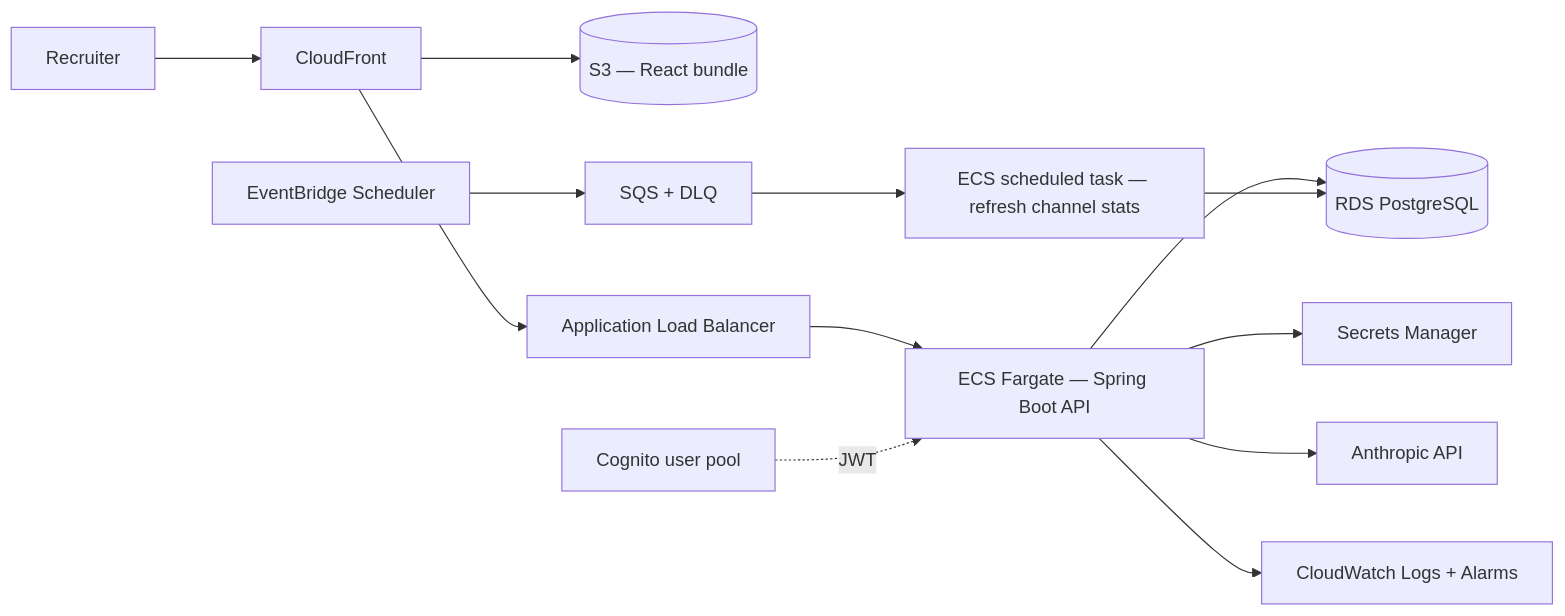
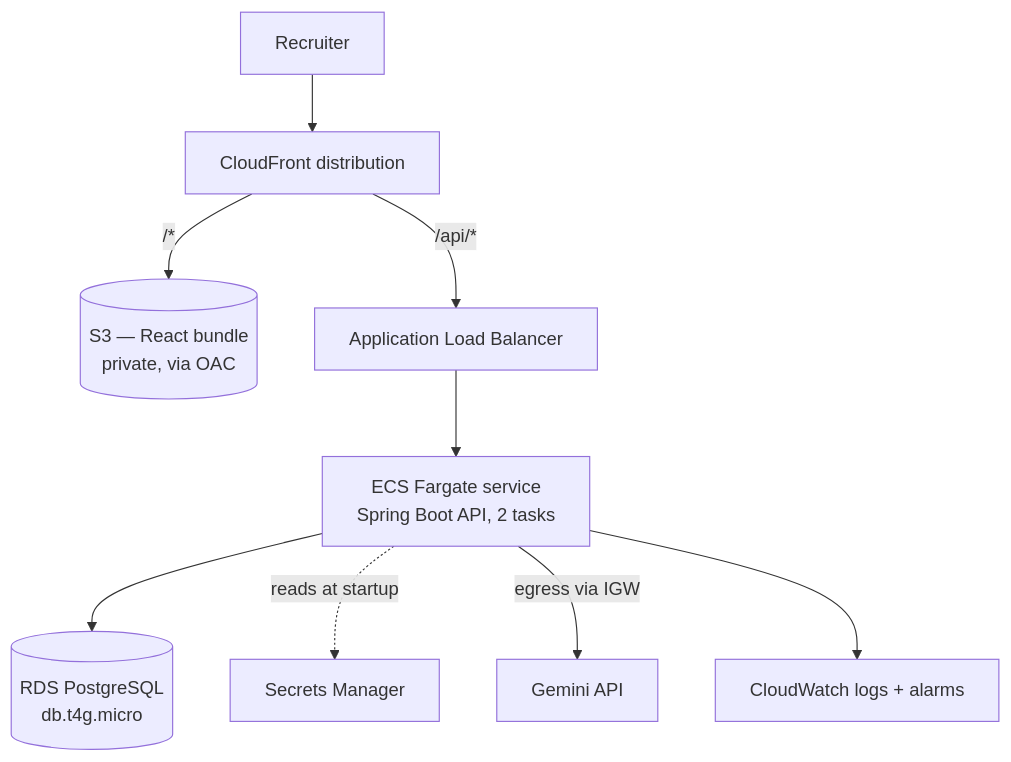
One commit to ViraatKumar/Supply_Channel_Recommender changed the diagram in docs/aws-architecture.md. Above: the diagram before and after it, drawn with Mermaid. The commit also changed other lines of this file and 1 other file, not shown here.

First line of the commit message:
docs: align architecture and migration docs with the current app

````diff
--- a/docs/aws-architecture.md
+++ b/docs/aws-architecture.md
@@ -8,15 +43,11 @@
 ```mermaid
-flowchart LR
-    U[Recruiter] --> CF[CloudFront]
-    CF --> S3[(S3 — React bundle)]
-    CF --> ALB[Application Load Balancer]
-    ALB --> ECS[ECS Fargate — Spring Boot API]
-    ECS --> RDS[(RDS PostgreSQL)]
-    ECS --> SM[Secrets Manager]
-    ECS --> ANT[Anthropic API]
-    ECS --> CW[CloudWatch Logs + Alarms]
-    EB[EventBridge Scheduler] --> SQS[SQS + DLQ]
-    SQS --> TASK[ECS scheduled task — refresh channel stats]
-    TASK --> RDS
-    COG[Cognito user pool] -.JWT.-> ECS
+flowchart TB
+    U[Recruiter] --> CF[CloudFront distribution]
+    CF -->|"/*"| S3[(S3 — React bundle<br/>private, via OAC)]
+    CF -->|"/api/*"| ALB[Application Load Balancer]
+    ALB --> ECS["ECS Fargate service<br/>Spring Boot API, 2 tasks"]
+    ECS --> RDS[("RDS PostgreSQL<br/>db.t4g.micro")]
+    ECS -.reads at startup.-> SM[Secrets Manager]
+    ECS -->|egress via IGW| GEM[Gemini API]
+    ECS --> CW[CloudWatch logs + alarms]
 ```
````
